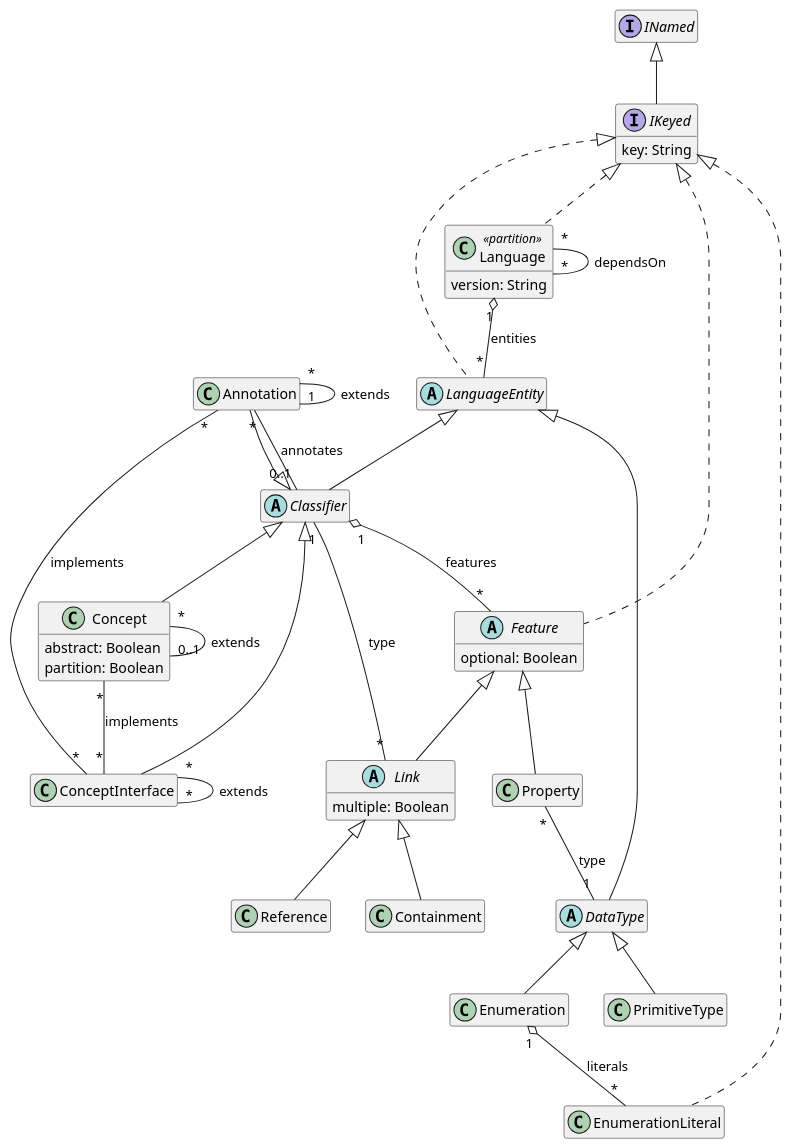
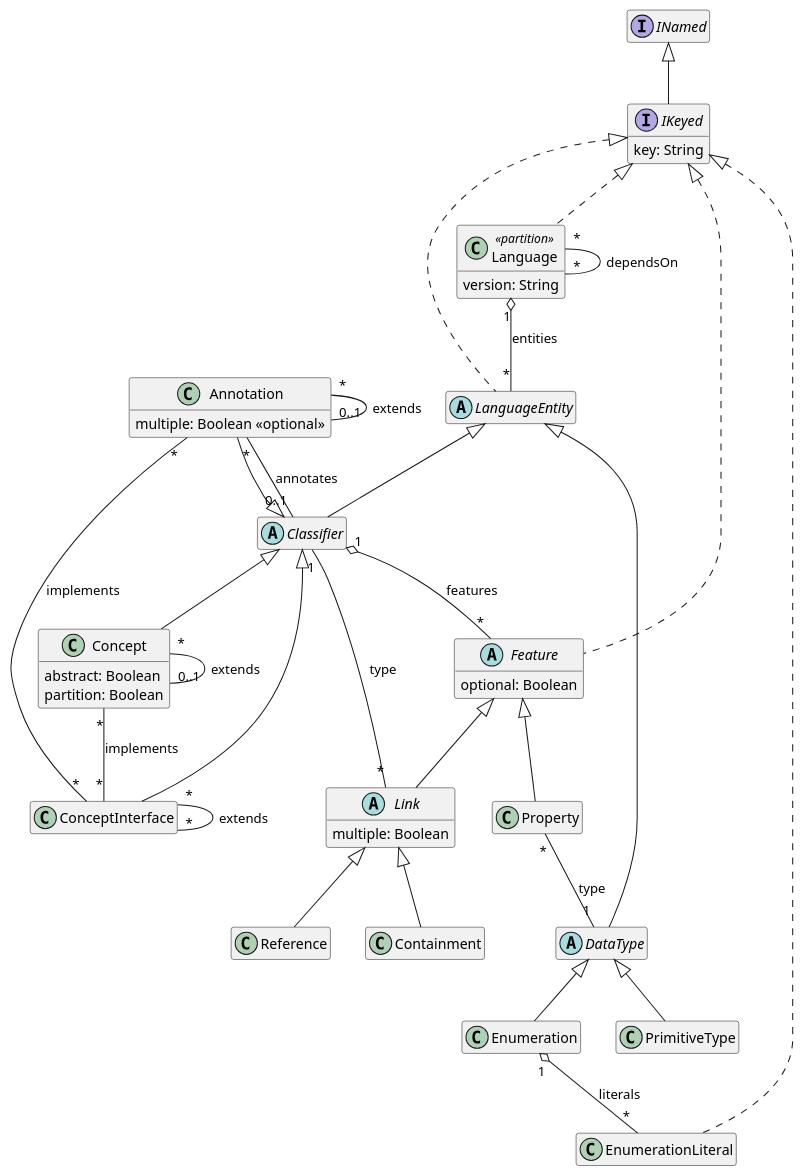
The diagram in diagrams/metametamodel-gen.puml (LionWeb-io/lionweb-typescript), drawn with PlantUML before and after one commit. The commit also changed 6 other files, not shown here.

```diff
--- a/diagrams/metametamodel-gen.puml
+++ b/diagrams/metametamodel-gen.puml
@@ -1,75 +1,77 @@
 @startuml
 hide empty members
 
 ' qualified name: "LIonCore.M3"
 
 
-class Annotation extends Classifier
+class Annotation extends Classifier {
+  multiple: Boolean <<optional>>
+}
 
 abstract class Classifier extends LanguageEntity
 
 class Concept extends Classifier {
   abstract: Boolean
   partition: Boolean
 }
 
 class ConceptInterface extends Classifier
 
 class Containment extends Link
 
 abstract class DataType extends LanguageEntity
 
 class Enumeration extends DataType
 
 class EnumerationLiteral implements IKeyed
 
 abstract class Feature implements IKeyed {
   optional: Boolean
 }
 
 interface IKeyed extends INamed {
   key: String
 }
 
 class Language <<partition>> implements IKeyed {
   version: String
 }
 
 abstract class LanguageEntity implements IKeyed
 
 abstract class Link extends Feature {
   multiple: Boolean
 }
 
 class PrimitiveType extends DataType
 
 class Property extends Feature
 
 class Reference extends Link
 
 
 
 ' relations:
 
 Annotation "*" -- "0..1" Classifier: annotates
-Annotation "*" -- "1" Annotation: extends
+Annotation "*" -- "0..1" Annotation: extends
 Annotation "*" -- "*" ConceptInterface: implements
 Classifier "1" o-- "*" Feature: features
 Concept "*" -- "0..1" Concept: extends
 Concept "*" -- "*" ConceptInterface: implements
 ConceptInterface "*" -- "*" ConceptInterface: extends
 
 
 Enumeration "1" o-- "*" EnumerationLiteral: literals
 
 
 
 Language "1" o-- "*" LanguageEntity: entities
 Language "*" -- "*" Language: dependsOn
 
 Link "*" -- "1" Classifier: type
 
 Property "*" -- "1" DataType: type
 
 
 @enduml
```
